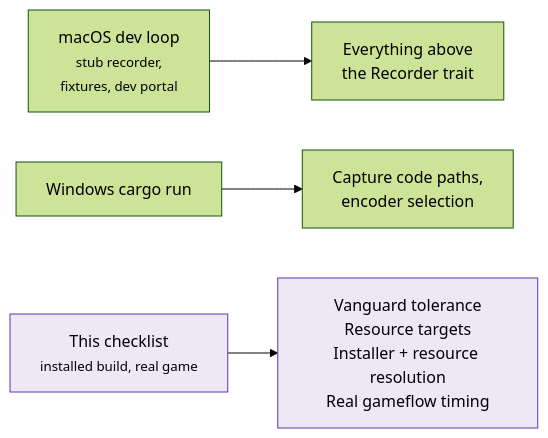
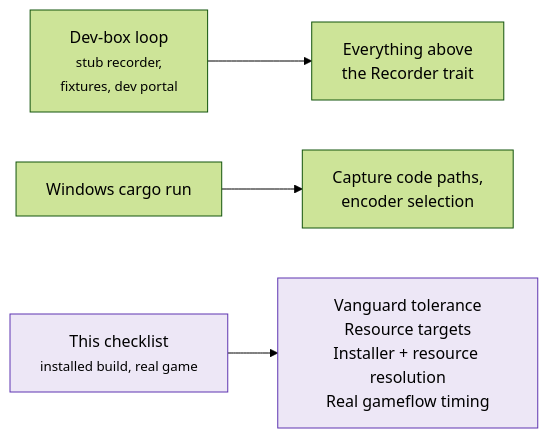
One commit to NinjaGoldfinch/ninja-recorder changed the diagram in docs/windows-verification.md. Above: the diagram before and after it, drawn with Mermaid (forest theme). The commit also changed other lines of this file and 9 other files, not shown here.

````diff
--- a/docs/windows-verification.md
+++ b/docs/windows-verification.md
@@ -19,8 +19,8 @@
 ```mermaid
 flowchart LR
-    A["macOS dev loop<br/><small>stub recorder,<br/>fixtures, dev portal</small>"] --> B["Everything above<br/>the Recorder trait"]
+    A["Dev-box loop<br/><small>stub recorder,<br/>fixtures, dev portal</small>"] --> B["Everything above<br/>the Recorder trait"]
     C["Windows cargo run"] --> D["Capture code paths,<br/>encoder selection"]
     E["This checklist<br/><small>installed build, real game</small>"] --> F["Vanguard tolerance<br/>Resource targets<br/>Installer + resource resolution<br/>Real gameflow timing"]
     style E fill:#ede7f6,stroke:#5e35b1
     style F fill:#ede7f6,stroke:#5e35b1
 ```
````
